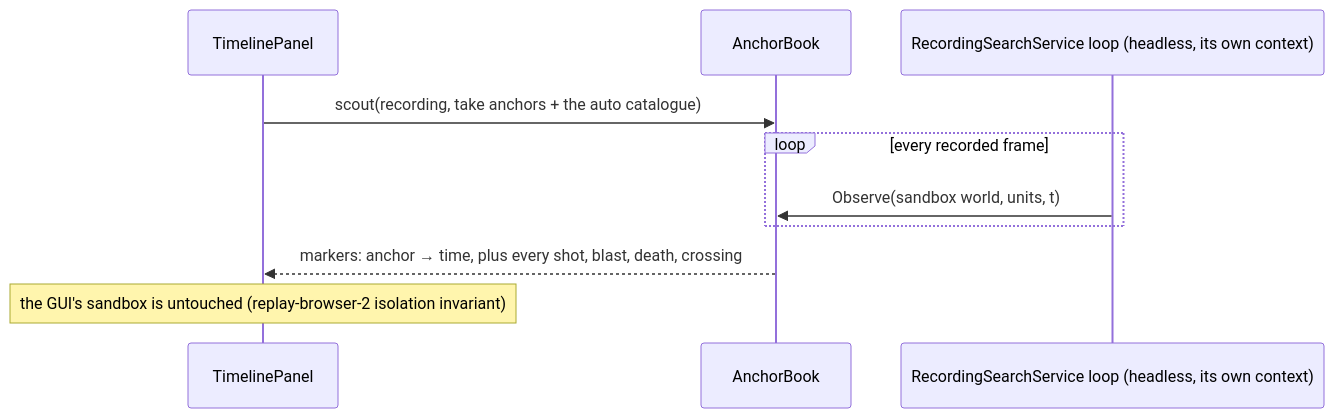
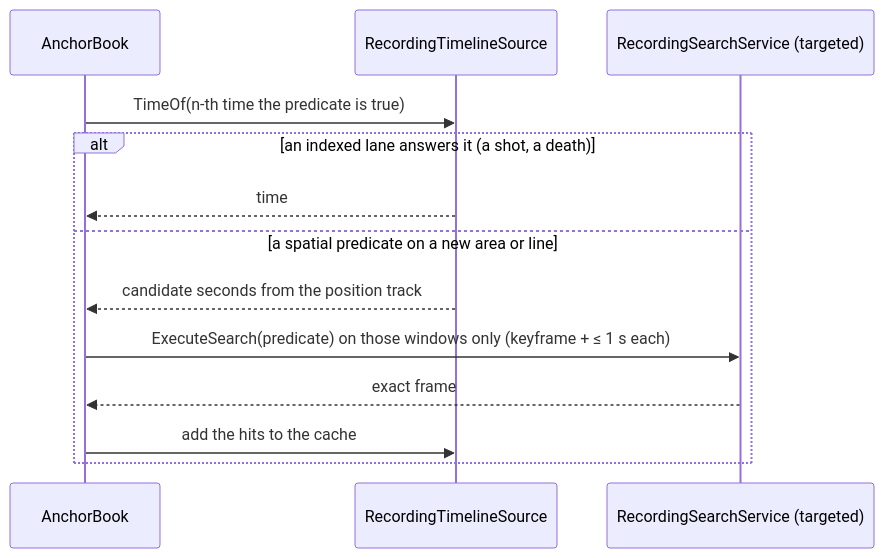
One commit to pjanec/HROT changed the seventh of 8 diagrams in docs/DESIGN_Director_Timeline_Editor.md. Above: the diagram before and after it, drawn with Mermaid. The commit also changed other lines of this file and 4 other files, not shown here.

First line of the commit message:
docs(director timeline): approved; anchors ARE existing predicates; the timeline is a central panel over a cached event index (R-4071…R-4073)

````diff
--- a/docs/DESIGN_Director_Timeline_Editor.md
+++ b/docs/DESIGN_Director_Timeline_Editor.md
@@ -246,12 +404,15 @@
 ```mermaid
 sequenceDiagram
-  participant P as TimelinePanel
   participant A as AnchorBook
-  participant S as RecordingSearchService loop (headless, its own context)
-  P->>A: scout(recording, take anchors + the auto catalogue)
-  loop every recorded frame
-    S->>A: Observe(sandbox world, units, t)
+  participant S as RecordingTimelineSource
+  participant Q as RecordingSearchService (targeted)
+  A->>S: TimeOf(n-th time the predicate is true)
+  alt an indexed lane answers it (a shot, a death)
+    S-->>A: time
+  else a spatial predicate on a new area or line
+    S-->>A: candidate seconds from the position track
+    A->>Q: ExecuteSearch(predicate) on those windows only (keyframe + ≤ 1 s each)
+    Q-->>A: exact frame
+    A->>S: add the hits to the cache
   end
-  A-->>P: markers: anchor → time, plus every shot, blast, death, crossing
-  Note over P: the GUI's sandbox is untouched (replay-browser-2 isolation invariant)
 ```
````
